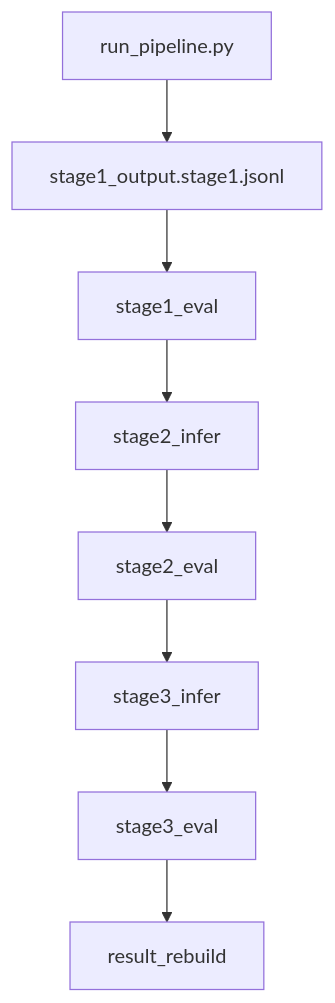
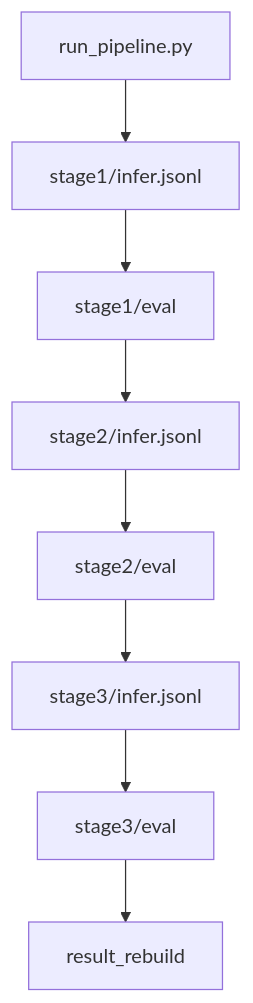
Before and after one commit to winterless/MathAgent: the diagram in README.md, drawn with Mermaid. The commit also changed other lines of this file and 6 other files, not shown here.

````diff
--- a/README.md
+++ b/README.md
@@ -139,10 +139,10 @@
 ```mermaid
 flowchart TD
-    A[run_pipeline.py] --> B[stage1_output.stage1.jsonl]
-    B --> C[stage1_eval]
-    C --> D[stage2_infer]
-    D --> E[stage2_eval]
-    E --> F[stage3_infer]
-    F --> G[stage3_eval]
+    A[run_pipeline.py] --> B[stage1/infer.jsonl]
+    B --> C[stage1/eval]
+    C --> D[stage2/infer.jsonl]
+    D --> E[stage2/eval]
+    E --> F[stage3/infer.jsonl]
+    F --> G[stage3/eval]
     G --> H[result_rebuild]
 ```
````
